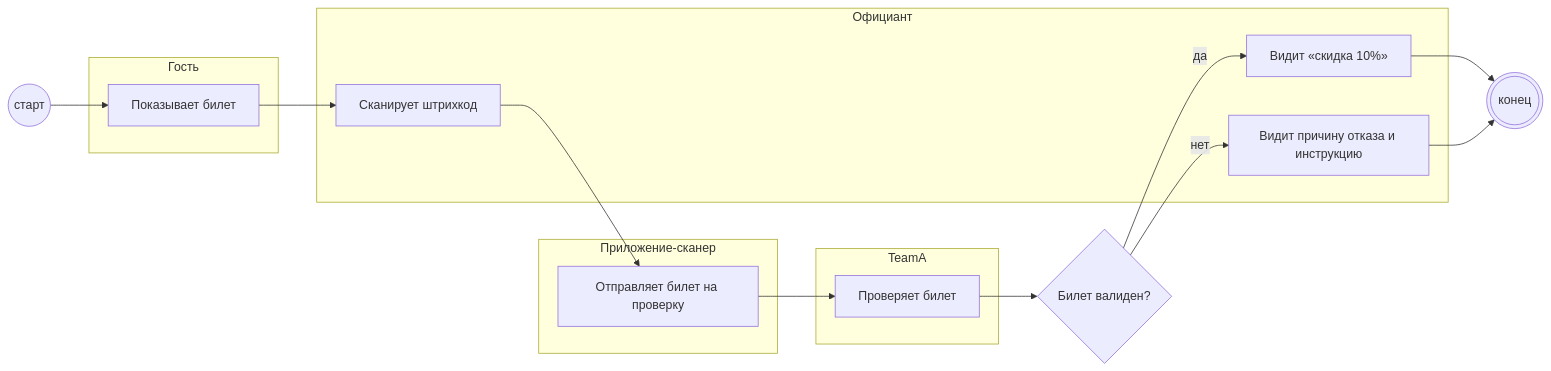
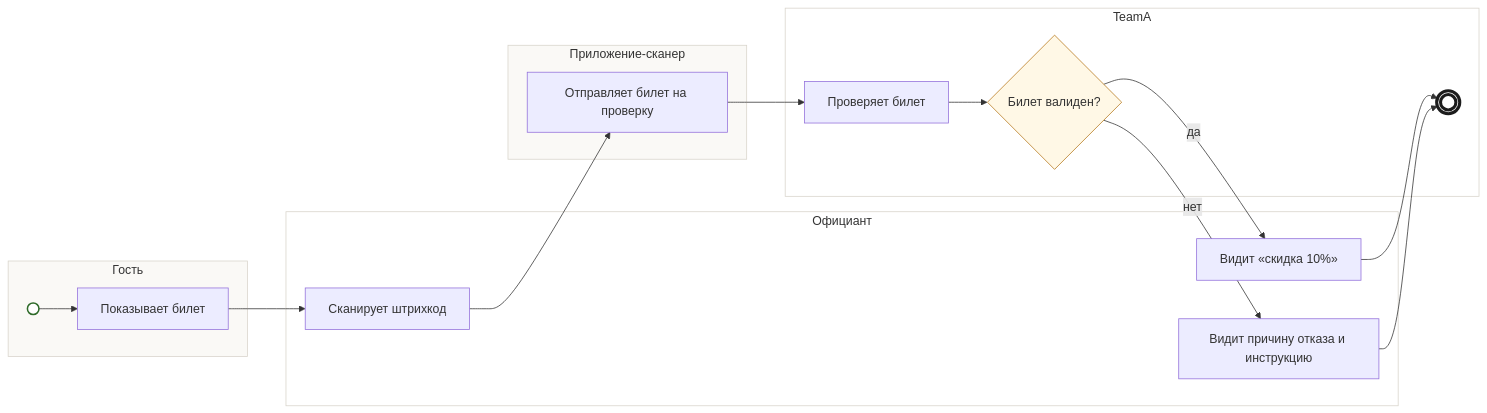
Before and after one commit to po-helper-org/poh-blueprint-writer: the diagram in skills/bft-blueprint/examples/dineclub-restart-blueprint/backlog/tasks/bp-15.1 - Официант-сканирует-билет-—-приложение-сразу-отвечает.md, drawn with Mermaid. The commit also changed 79 other files, not shown here.

First line of the commit message:
Карточка «Как это работает»: компактная заметка, схема mermaid, «Уточнить», источники

````diff
--- a/skills/bft-blueprint/examples/dineclub-restart-blueprint/backlog/tasks/bp-15.1 - Официант-сканирует-билет-—-приложение-сразу-отвечает.md
+++ b/skills/bft-blueprint/examples/dineclub-restart-blueprint/backlog/tasks/bp-15.1 - Официант-сканирует-билет-—-приложение-сразу-отвечает.md
@@ -49,29 +49,40 @@
 ```mermaid
 flowchart LR
-  S(("старт"))
   subgraph L1["Гость"]
+    S((" "))
     N1["Показывает билет"]
   end
   subgraph L2["Официант"]
     N2["Сканирует штрихкод"]
     N6["Видит «скидка 10%»"]
     N7["Видит причину отказа и инструкцию"]
   end
   subgraph L3["Приложение-сканер"]
     N3["Отправляет билет на проверку"]
   end
   subgraph L4["TeamA"]
     N4["Проверяет билет"]
+    G5{"Билет валиден?"}
+    E(((" ")))
   end
-  G5{"Билет валиден?"}
-  E((("конец")))
   S --> N1
   N1 --> N2
   N2 --> N3
   N3 --> N4
   N4 --> G5
   G5 -- да --> N6
   G5 -- нет --> N7
   N6 --> E
   N7 --> E
+  classDef start fill:#fff,stroke:#2f6b2a,stroke-width:2px
+  classDef stop fill:#fff,stroke:#1c1c1c,stroke-width:4px
+  classDef gw fill:#fff8e6,stroke:#b7791f
+  classDef ask color:#c0392b,stroke:#c0392b
+  class S start
+  class E stop
+  class G5 gw
+  style L1 fill:#faf9f6,stroke:#d8d4cb
+  style L2 fill:#ffffff,stroke:#d8d4cb
+  style L3 fill:#faf9f6,stroke:#d8d4cb
+  style L4 fill:#ffffff,stroke:#d8d4cb
 ```
````
